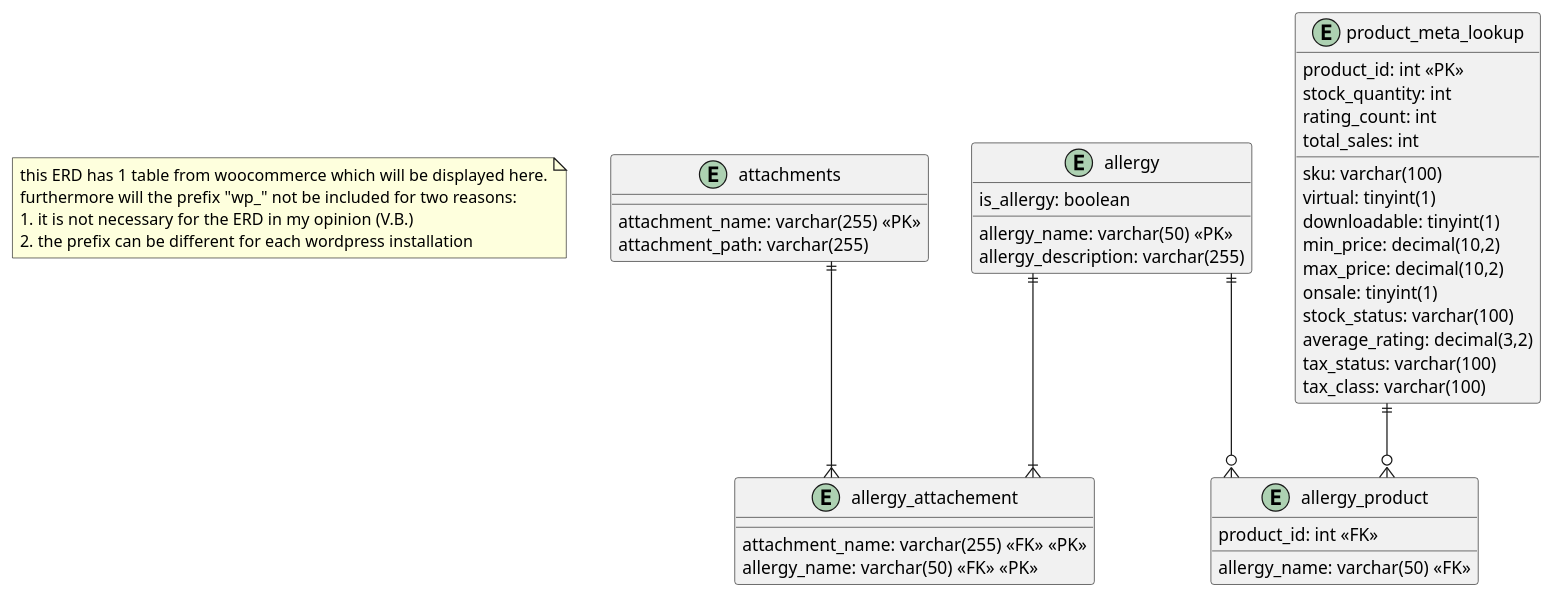
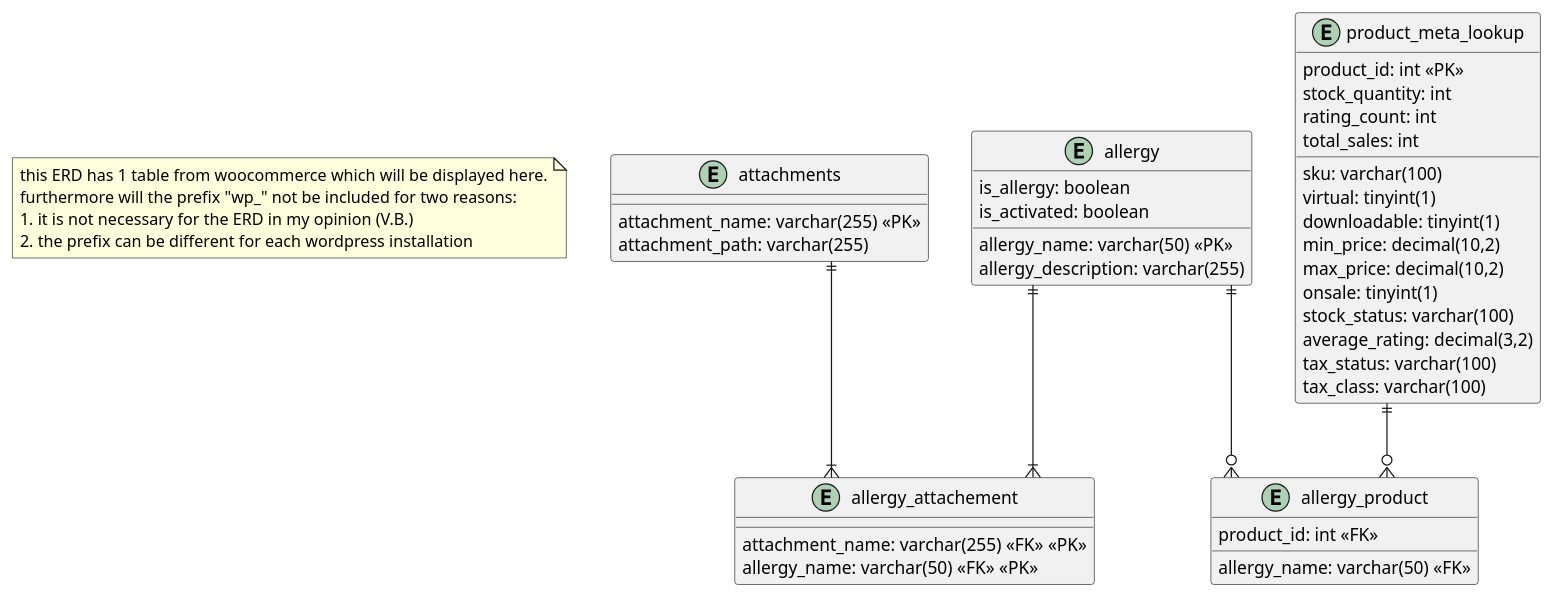
Before and after one commit to VerdiB/wp_allergenen_pro: the diagram in UML/ERD.puml, drawn with PlantUML. The commit also changed 4 other files, not shown here.

Commit message:
Working on/off bulk action + UML

```diff
--- a/UML/ERD.puml
+++ b/UML/ERD.puml
@@ -2,53 +2,54 @@
 @startuml db-design
 skinparam Linetype ortho
 note as N1
 this ERD has 1 table from woocommerce which will be displayed here.
 furthermore will the prefix "wp_" not be included for two reasons:
 1. it is not necessary for the ERD in my opinion (V.B.)
 2. the prefix can be different for each wordpress installation
 end note
 
 entity "allergy"{
    allergy_name: varchar(50) <<PK>>
    allergy_description: varchar(255)
    is_allergy: boolean   
+   is_activated: boolean
 }
 
 entity "attachments"{
     attachment_name: varchar(255) <<PK>>
     attachment_path: varchar(255)
 }
 
 entity "allergy_attachement"{
     attachment_name: varchar(255) <<FK>> <<PK>>
     allergy_name: varchar(50) <<FK>> <<PK>>
 } 
 
 entity "allergy_product"{
    product_id: int <<FK>>
    allergy_name: varchar(50) <<FK>>
 }
 
 entity "product_meta_lookup"{
     product_id: int <<PK>>
     sku: varchar(100)
     virtual: tinyint(1)
     downloadable: tinyint(1)
     min_price: decimal(10,2)
     max_price: decimal(10,2)
     onsale: tinyint(1)
     stock_quantity: int
     stock_status: varchar(100)
     rating_count: int
     average_rating: decimal(3,2)
     total_sales: int
     tax_status: varchar(100)
     tax_class: varchar(100)
 }
 
 allergy ||--o{ allergy_product
 allergy ||--|{ allergy_attachement
 attachments ||--|{ allergy_attachement
 product_meta_lookup ||--o{ allergy_product
 
 @enduml
```
